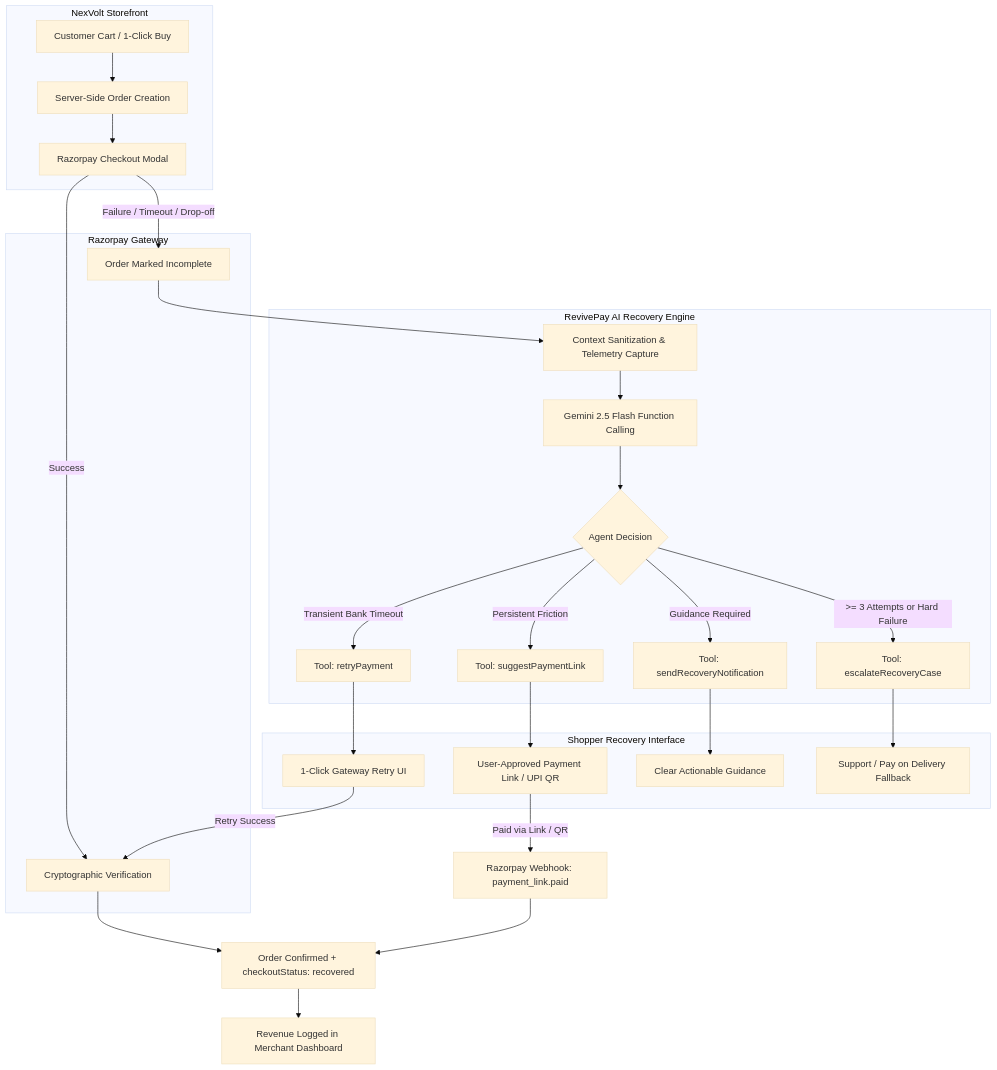
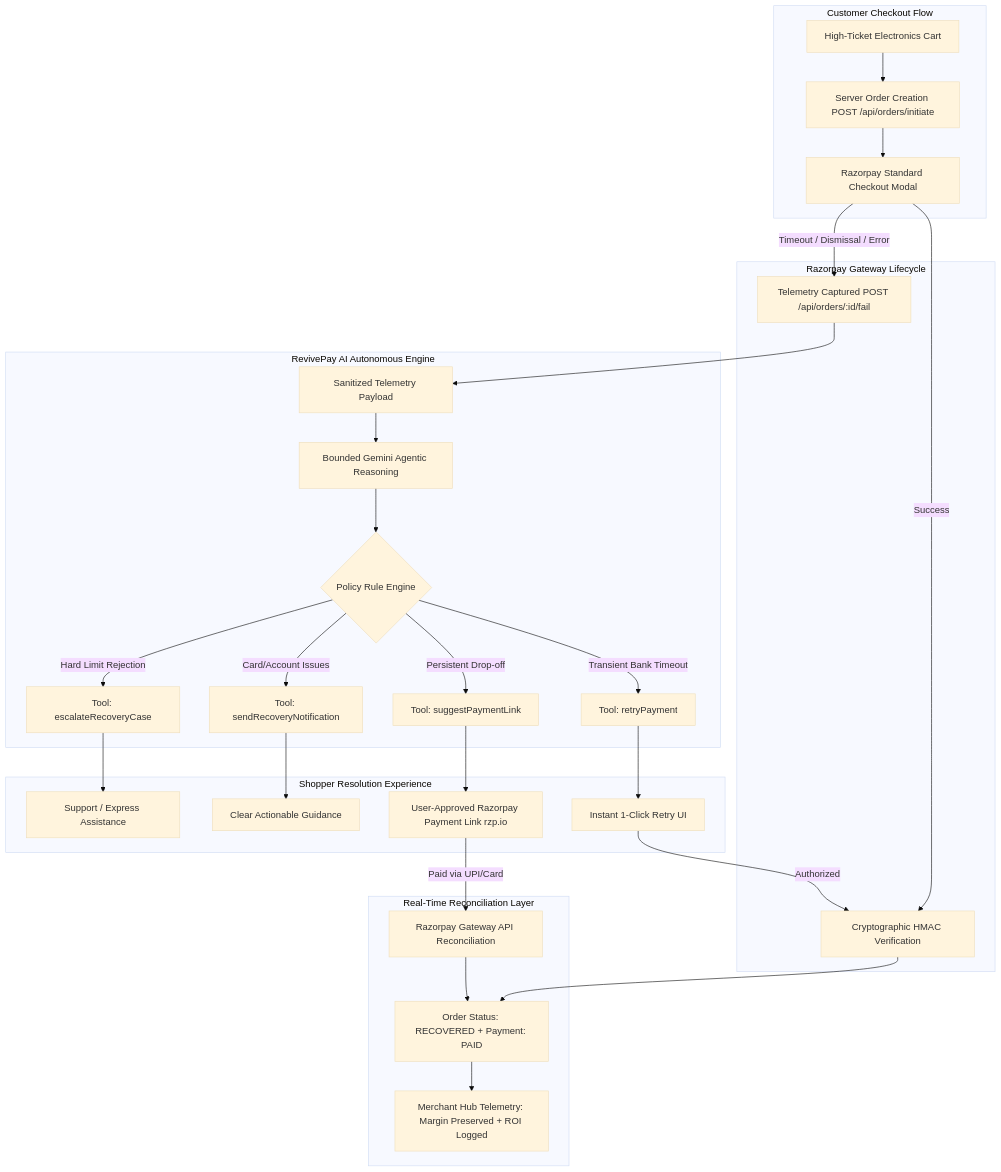
The diagram in README.md (aakashraj7/NexVolt), drawn with Mermaid (base theme) before and after one commit. The commit also changed other lines of this file and 3 other files, not shown here.

````diff
--- a/README.md
+++ b/README.md
@@ -55,37 +69,38 @@
 ```mermaid
 flowchart TD
-    subgraph NexVolt Storefront
-        A[Customer Cart / 1-Click Buy] --> B[Server-Side Order Creation]
-        B --> C[Razorpay Checkout Modal]
+    subgraph Customer Checkout Flow
+        A[High-Ticket Electronics Cart] --> B[Server Order Creation POST /api/orders/initiate]
+        B --> C[Razorpay Standard Checkout Modal]
     end
 
-    subgraph Razorpay Gateway
-        C -->|Success| D[Cryptographic Verification]
-        C -->|Failure / Timeout / Drop-off| E[Order Marked Incomplete]
+    subgraph Razorpay Gateway Lifecycle
+        C -->|Success| D[Cryptographic HMAC Verification]
+        C -->|Timeout / Dismissal / Error| E[Telemetry Captured POST /api/orders/:id/fail]
     end
 
-    subgraph RevivePay AI Recovery Engine
-        E --> F[Context Sanitization & Telemetry Capture]
-        F --> G[Gemini 2.5 Flash Function Calling]
-        G --> H{Agent Decision}
+    subgraph RevivePay AI Autonomous Engine
+        E --> F[Sanitized Telemetry Payload]
+        F --> G[Bounded Gemini Agentic Reasoning]
+        G --> H{Policy Rule Engine}
         
         H -->|Transient Bank Timeout| I[Tool: retryPayment]
-        H -->|Persistent Friction| J[Tool: suggestPaymentLink]
-        H -->|Guidance Required| K[Tool: sendRecoveryNotification]
-        H -->|>= 3 Attempts or Hard Failure| L[Tool: escalateRecoveryCase]
+        H -->|Persistent Drop-off| J[Tool: suggestPaymentLink]
+        H -->|Card/Account Issues| K[Tool: sendRecoveryNotification]
+        H -->|Hard Limit Rejection| L[Tool: escalateRecoveryCase]
     end
 
-    subgraph Shopper Recovery Interface
-        I --> M[1-Click Gateway Retry UI]
-        J --> N[User-Approved Payment Link / UPI QR]
+    subgraph Shopper Resolution Experience
+        I --> M[Instant 1-Click Retry UI]
+        J --> N[User-Approved Razorpay Payment Link rzp.io]
         K --> O[Clear Actionable Guidance]
-        L --> P[Support / Pay on Delivery Fallback]
+        L --> P[Support / Express Assistance]
     end
 
-    M -->|Retry Success| D
-    N -->|Paid via Link / QR| Q[Razorpay Webhook: payment_link.paid]
-    
-    D --> R[Order Confirmed + checkoutStatus: recovered]
-    Q --> R
-    R --> S[Revenue Logged in Merchant Dashboard]
+    subgraph Real-Time Reconciliation Layer
+        N -->|Paid via UPI/Card| Q[Razorpay Gateway API Reconciliation]
+        M -->|Authorized| D
+        Q --> R[Order Status: RECOVERED + Payment: PAID]
+        D --> R
+        R --> S[Merchant Hub Telemetry: Margin Preserved + ROI Logged]
+    end
 ```
````
